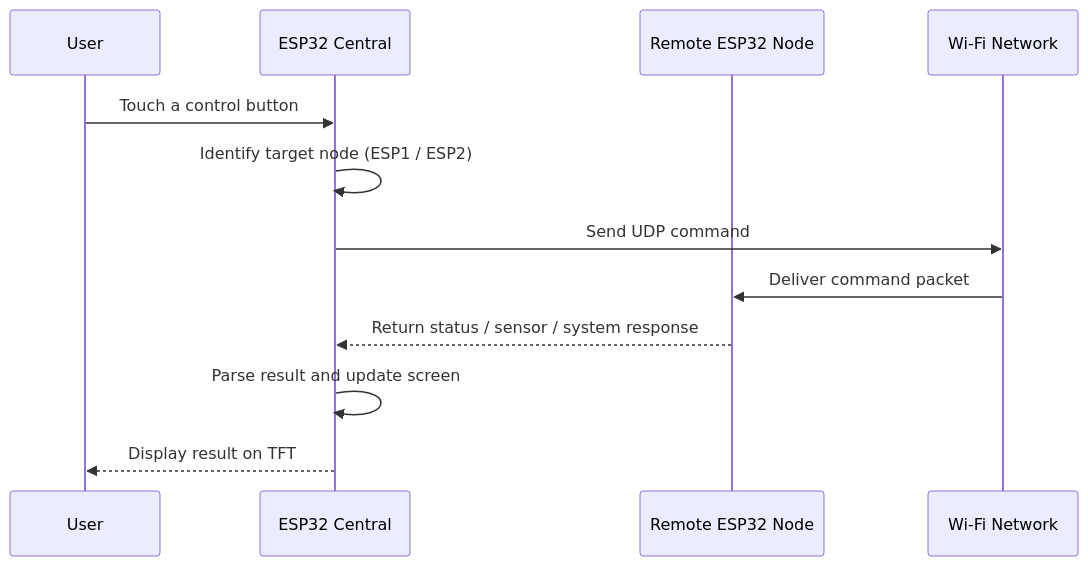
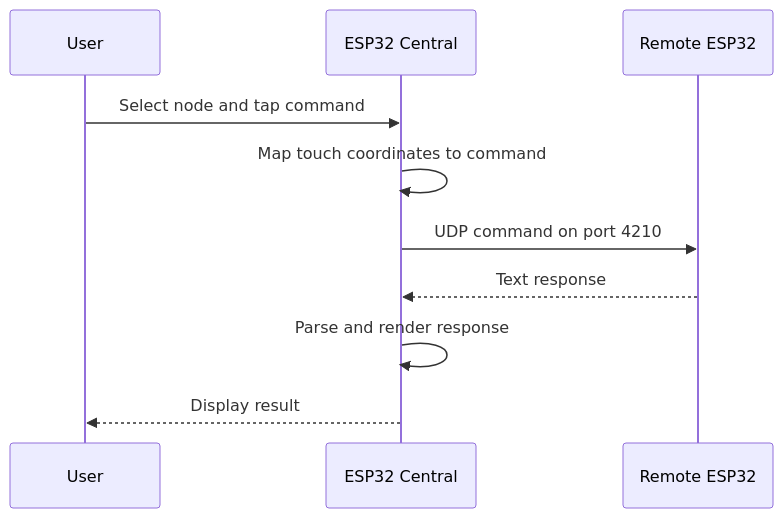
Before and after one commit to paulocfmarques-collab/esp32_central: the second of 3 diagrams in README.md, drawn with Mermaid. The commit also changed other lines of this file, not shown here.

Commit message:
Remove README rendering errors and simplify invalid diagram blocks

````diff
--- a/README.md
+++ b/README.md
@@ -47,15 +53,13 @@
 ```mermaid
 sequenceDiagram
     participant U as User
     participant C as ESP32 Central
-    participant N as Remote ESP32 Node
-    participant W as Wi-Fi Network
+    participant R as Remote ESP32
 
-    U->>C: Touch a control button
-    C->>C: Identify target node (ESP1 / ESP2)
-    C->>W: Send UDP command
-    W->>N: Deliver command packet
-    N-->>C: Return status / sensor / system response
-    C->>C: Parse result and update screen
-    C-->>U: Display result on TFT
+    U->>C: Select node and tap command
+    C->>C: Map touch coordinates to command
+    C->>R: UDP command on port 4210
+    R-->>C: Text response
+    C->>C: Parse and render response
+    C-->>U: Display result
 ```
````
